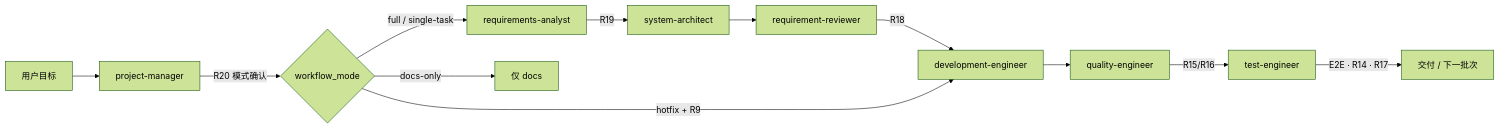
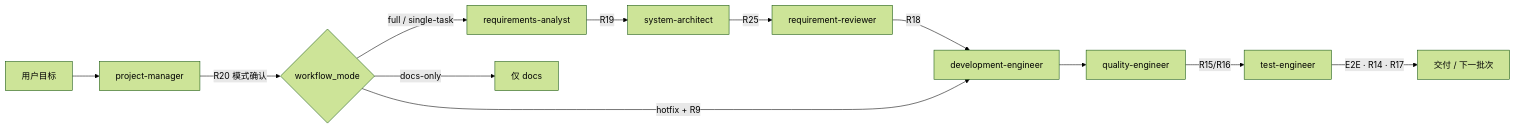
The first of 2 diagrams in cursor/README.md (liuxing6688/easy-harness), drawn with Mermaid (forest theme) before and after one commit. The commit also changed other lines of this file and 175 other files, not shown here.

````diff
--- a/cursor/README.md
+++ b/cursor/README.md
@@ -49,14 +49,14 @@
 ```mermaid
 flowchart LR
   U[用户目标] --> PM[project-manager]
   PM -->|R20 模式确认| M{workflow_mode}
   M -->|full / single-task| RA[requirements-analyst]
   RA -->|R19| SA[system-architect]
-  SA --> RR[requirement-reviewer]
+  SA -->|R25| RR[requirement-reviewer]
   RR -->|R18| DE[development-engineer]
   M -->|hotfix + R9| DE
   M -->|docs-only| DOC[仅 docs]
   DE --> QE[quality-engineer]
   QE -->|R15/R16| TE[test-engineer]
   TE -->|E2E · R14 · R17| DONE[交付 / 下一批次]
 ```
````
